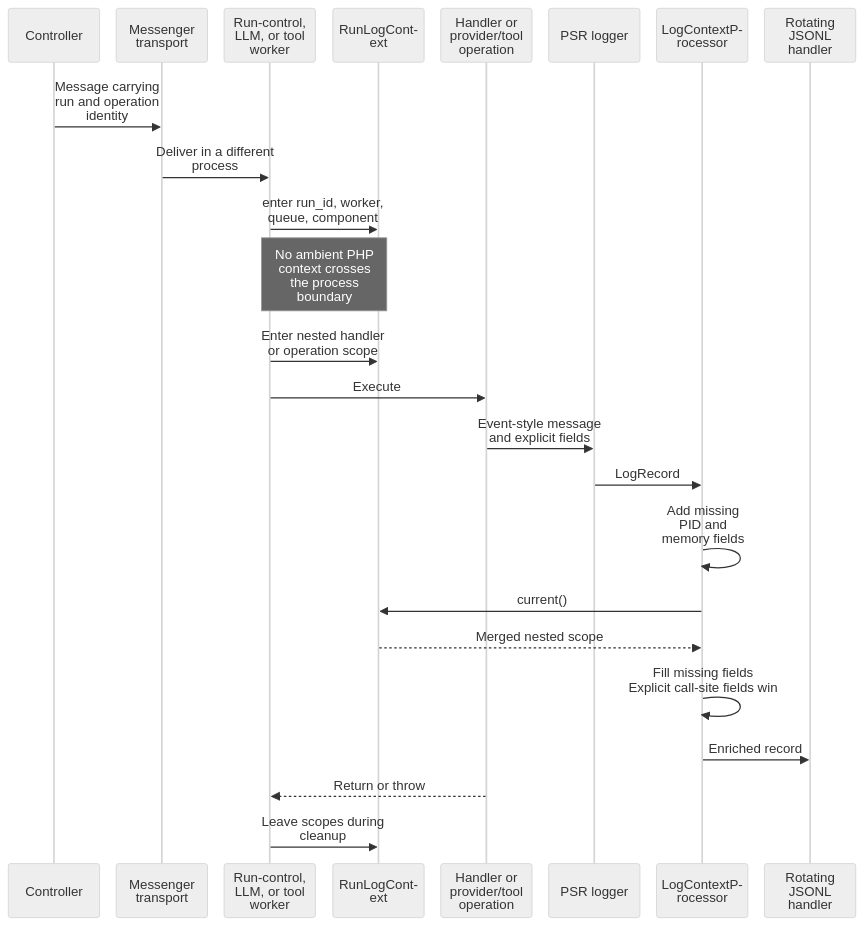
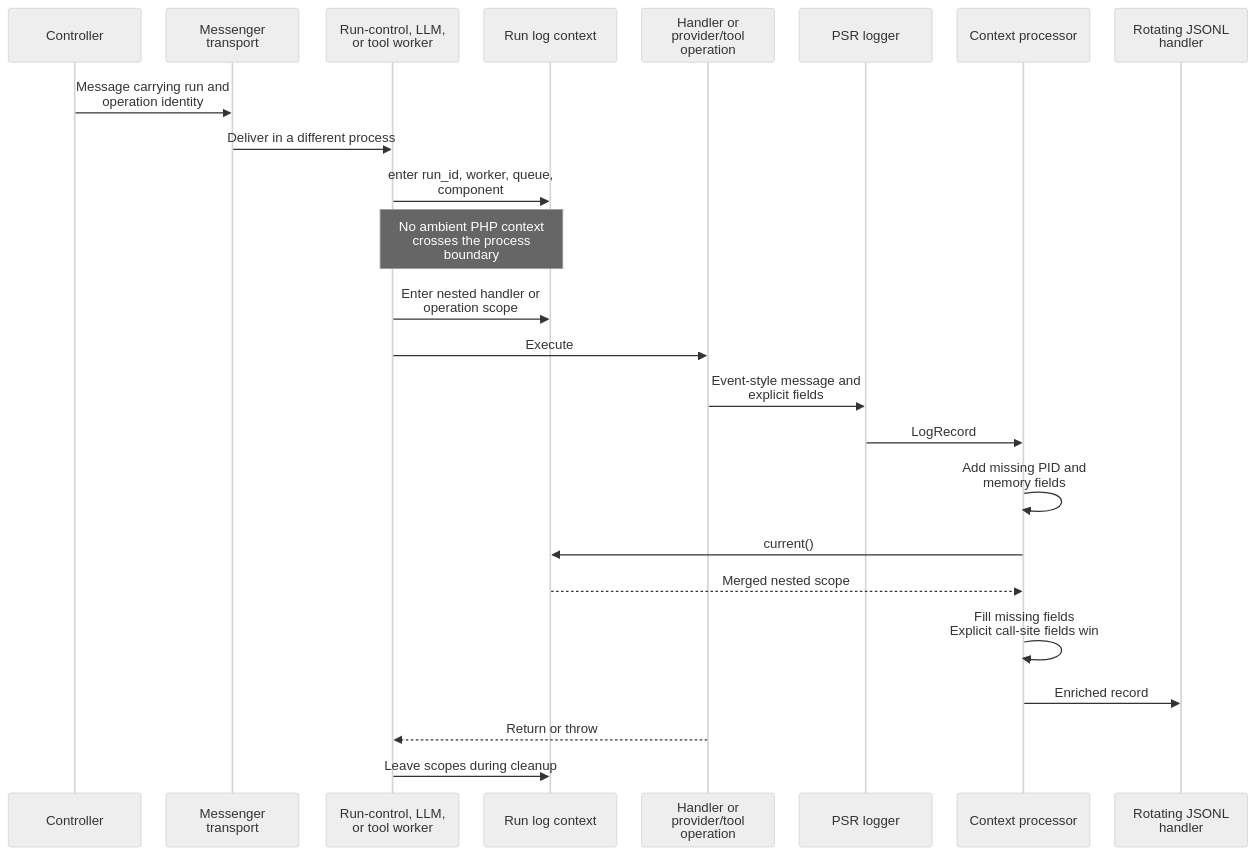
One commit to ineersa/agent-core changed the third of 6 diagrams in architecture/logging.md. Above: the diagram before and after it, drawn with Mermaid (neutral theme). The commit also changed other lines of this file and 43 other files, not shown here.

Commit message:
Refresh operational guides and runtime architecture documentation

````diff
--- a/architecture/logging.md
+++ b/architecture/logging.md
@@ -61,28 +61,28 @@
 ```mermaid
-%%{init: {"sequence": {"wrap": true, "width": 110, "actorMargin": 20, "diagramMarginX": 10, "messageMargin": 30}}}%%
+%%{init: {"sequence": {"wrap": true, "width": 160, "actorMargin": 30, "diagramMarginX": 10, "messageMargin": 30}}}%%
 sequenceDiagram
     participant Controller
     participant Queue as Messenger transport
     participant Worker as Run-control, LLM, or tool worker
-    participant Context as RunLogContext
+    participant Context as Run log context
     participant Operation as Handler or provider/tool operation
     participant Logger as PSR logger
-    participant Processor as LogContextProcessor
+    participant Processor as Context processor
     participant Sink as Rotating JSONL handler
 
     Controller->>Queue: Message carrying run and operation identity
     Queue->>Worker: Deliver in a different process
     Worker->>Context: enter run_id, worker, queue, component
     Note over Worker,Context: No ambient PHP context crosses the process boundary
     Worker->>Context: Enter nested handler or operation scope
     Worker->>Operation: Execute
     Operation->>Logger: Event-style message and explicit fields
     Logger->>Processor: LogRecord
     Processor->>Processor: Add missing PID and memory fields
     Processor->>Context: current()
     Context-->>Processor: Merged nested scope
     Processor->>Processor: Fill missing fields<br/>Explicit call-site fields win
     Processor->>Sink: Enriched record
     Operation-->>Worker: Return or throw
     Worker->>Context: Leave scopes during cleanup
 ```
````
